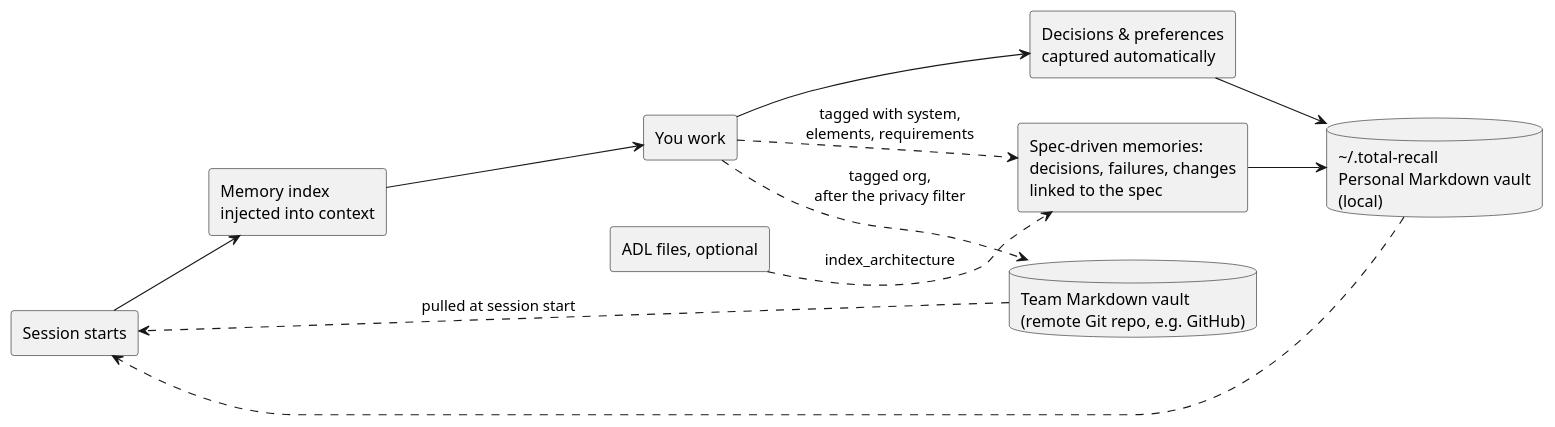
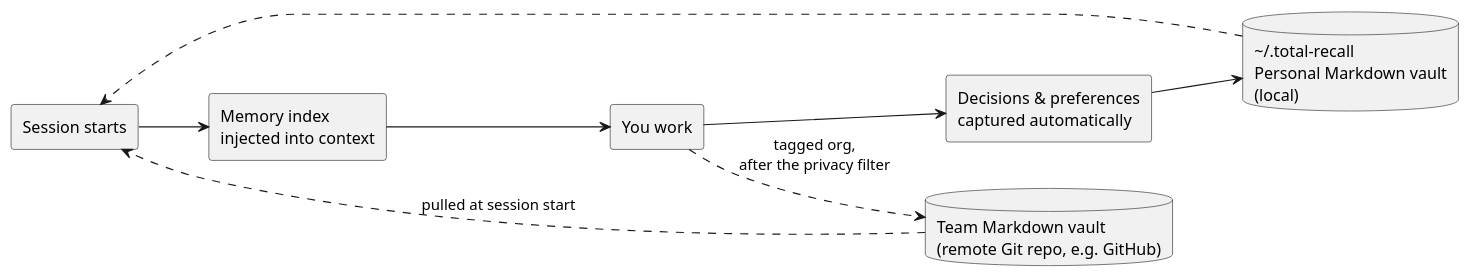
Before and after one commit to adrian-balaban/total-recall: the diagram in docs/diagrams/session-loop-en.puml, drawn with PlantUML. The commit also changed 4 other files, not shown here.

First line of the commit message:
docs: simplify session-loop diagrams, mark T3 approved

```diff
--- a/docs/diagrams/session-loop-en.puml
+++ b/docs/diagrams/session-loop-en.puml
@@ -1,24 +1,19 @@
 @startuml session-loop-en
 left to right direction
 skinparam shadowing false
 skinparam defaultFontName Helvetica
 
 rectangle "Session starts" as A
 rectangle "Memory index\ninjected into context" as B
 rectangle "You work" as C
 rectangle "Decisions & preferences\ncaptured automatically" as D
 database "<U+007E>/.total-recall\nPersonal Markdown vault\n(local)" as E
 database "Team Markdown vault\n(remote Git repo, e.g. GitHub)" as R
-rectangle "Spec-driven memories:\ndecisions, failures, changes\nlinked to the spec" as G
-rectangle "ADL files, optional" as Hh
 A --> B
 B --> C
 C --> D
 D --> E
 E ..> A
-C ..> G : tagged with system,\nelements, requirements
-G --> E
 C ..> R : tagged org,\nafter the privacy filter
 R ..> A : pulled at session start
-Hh ..> G : index_architecture
 @enduml
```
